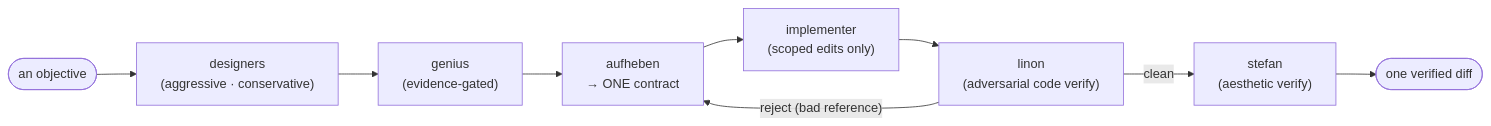
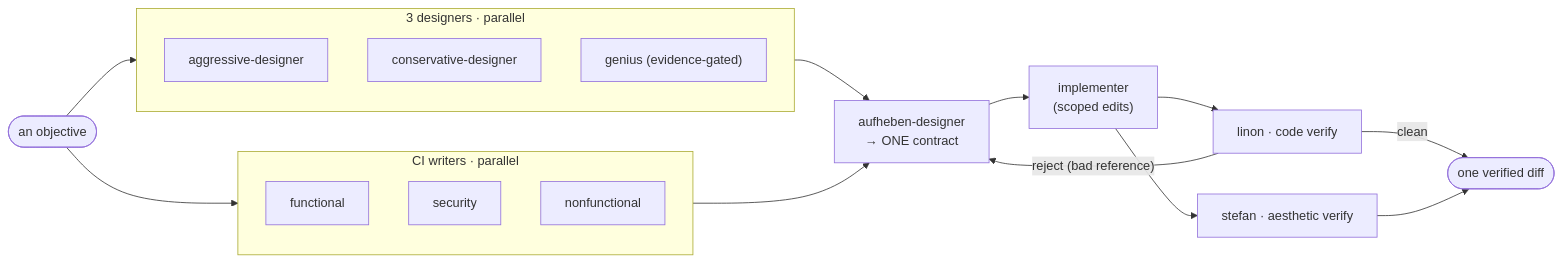
The second of 3 diagrams in README.md (mishima-computing/ai-org-bootstrap-codex), drawn with Mermaid before and after one commit.

Commit message:
docs(readme): fix the dialectic diagram — 3 designers parallel, CI writers parallel too
The diagram had the designers sequential (aggressive → genius → aufheben) and
omitted the CI writers entirely — both wrong. Per the registry (output_to:
aufheben-designer) and controller_pipeline (_waves: "the three designers all feed
aufheben => one wave"; CI writers are disjoint-scope write roles that run in
parallel), the real shape is: the 3 designers (aggressive / conservative / genius)
run in PARALLEL and the 3 CI writers (functional / security / nonfunctional) run in
PARALLEL as a separate group, both feeding aufheben → one contract → implementer →
linon + stefan verify (parallel), linon reject looping back.

````diff
--- a/README.md
+++ b/README.md
@@ -52,11 +52,24 @@
 ```mermaid
 flowchart LR
-  OBJ(["an objective"]) --> DES["designers<br/>(aggressive · conservative)"]
-  DES --> GEN["genius<br/>(evidence-gated)"]
-  GEN --> AUF["aufheben<br/>→ ONE contract"]
-  AUF --> IMP["implementer<br/>(scoped edits only)"]
-  IMP --> LIN["linon<br/>(adversarial code verify)"]
+  OBJ(["an objective"])
+  subgraph DES["3 designers · parallel"]
+    direction TB
+    AGG["aggressive-designer"]
+    CON["conservative-designer"]
+    GEN["genius (evidence-gated)"]
+  end
+  subgraph CIW["CI writers · parallel"]
+    direction TB
+    FCI["functional"]
+    SCI["security"]
+    NCI["nonfunctional"]
+  end
+  OBJ --> DES & CIW
+  DES --> AUF["aufheben-designer<br/>→ ONE contract"]
+  CIW --> AUF
+  AUF --> IMP["implementer<br/>(scoped edits)"]
+  IMP --> LIN["linon · code verify"] & STE["stefan · aesthetic verify"]
   LIN -- "reject (bad reference)" --> AUF
-  LIN -- "clean" --> STE["stefan<br/>(aesthetic verify)"]
-  STE --> DIFF(["one verified diff"])
+  LIN -- "clean" --> DIFF(["one verified diff"])
+  STE --> DIFF
 ```
````
